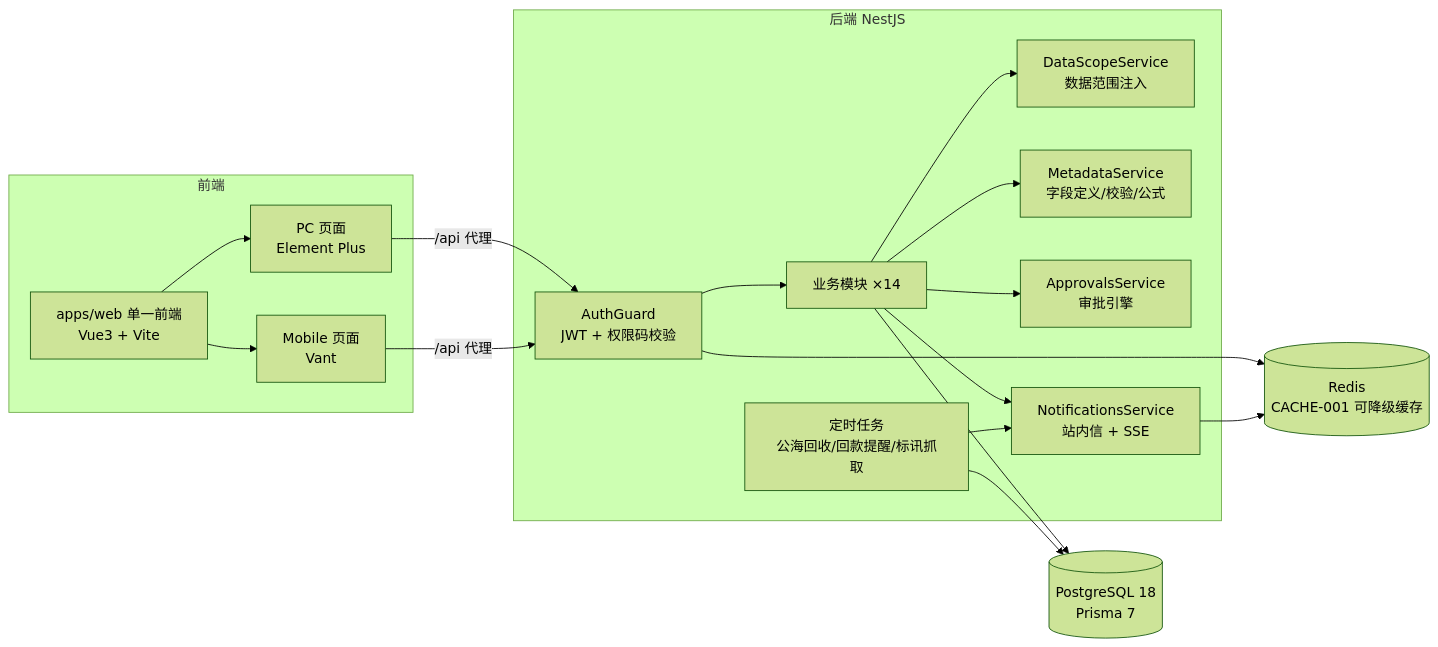
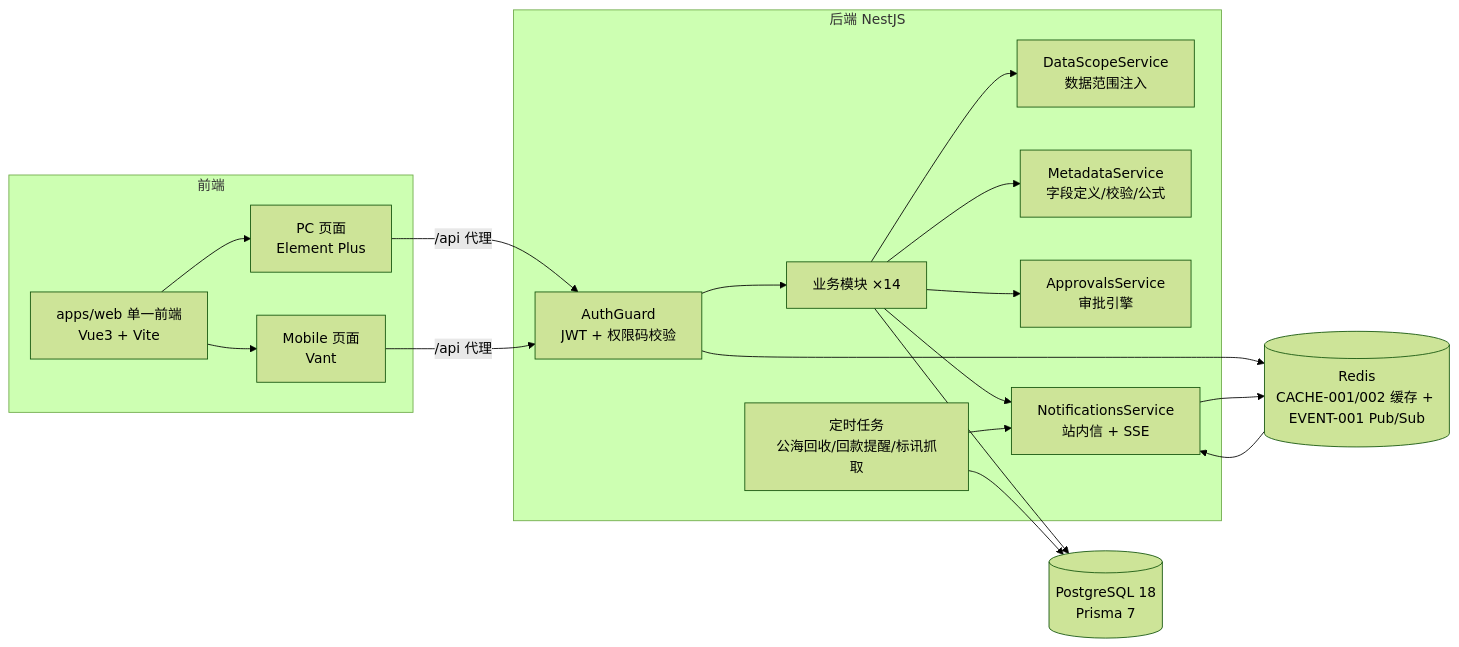
The first of 2 diagrams in docs/architecture.md (HideInMatrix/micromatrix-crm), drawn with Mermaid (forest theme) before and after one commit. The commit also changed other lines of this file and 15 other files, not shown here.

Commit message:
完善 Redis PubSub 与多实例实时通知

````diff
--- a/docs/architecture.md
+++ b/docs/architecture.md
@@ -5,34 +5,35 @@
 ```mermaid
 flowchart LR
   subgraph clients [前端]
     Web[apps/web 单一前端<br/>Vue3 + Vite]
     PC[PC 页面<br/>Element Plus]
     Mobile[Mobile 页面<br/>Vant]
     Web --> PC
     Web --> Mobile
   end
   subgraph server [后端 NestJS]
     Guard[AuthGuard<br/>JWT + 权限码校验]
     Scope[DataScopeService<br/>数据范围注入]
     Meta[MetadataService<br/>字段定义/校验/公式]
     Approval[ApprovalsService<br/>审批引擎]
     Biz[业务模块 ×14]
     Cron[定时任务<br/>公海回收/回款提醒/标讯抓取]
     Notify[NotificationsService<br/>站内信 + SSE]
   end
   DB[(PostgreSQL 18<br/>Prisma 7)]
-  Redis[(Redis<br/>CACHE-001 可降级缓存)]
+  Redis[(Redis<br/>CACHE-001/002 缓存 + EVENT-001 Pub/Sub)]
 
   PC -->|/api 代理| Guard
   Mobile -->|/api 代理| Guard
   Guard --> Biz
   Guard --> Redis
   Biz --> Scope
   Biz --> Meta
   Biz --> Approval
   Biz --> Notify
   Biz --> DB
   Notify --> Redis
+  Redis --> Notify
   Cron --> DB
   Cron --> Notify
 ```
````
